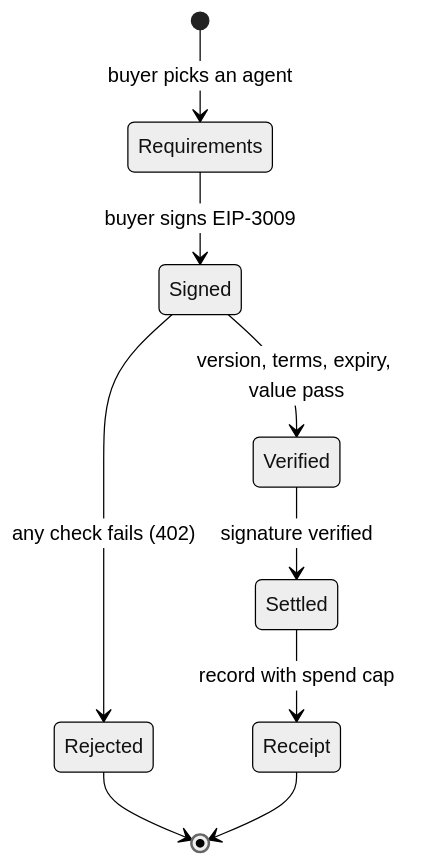
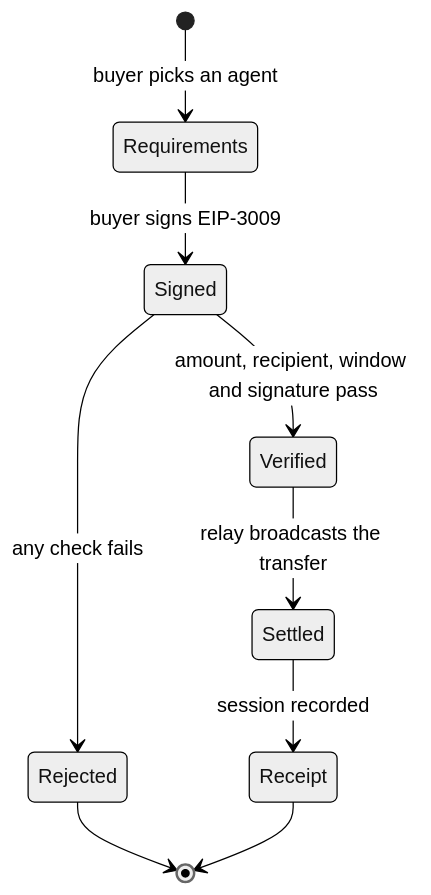
One commit to blockballr/agentsouk changed the second of 2 diagrams in docs/architecture.md. Above: the diagram before and after it, drawn with Mermaid (neutral theme). The commit also changed other lines of this file and 1 other file, not shown here.

Commit message:
docs(architecture): rewritten against the current system

````diff
--- a/docs/architecture.md
+++ b/docs/architecture.md
@@ -314,11 +264,11 @@
 ```mermaid
 stateDiagram-v2
     [*] --> Requirements: buyer picks an agent
     Requirements --> Signed: buyer signs EIP-3009
-    Signed --> Verified: version, terms, expiry, value pass
-    Verified --> Settled: signature verified
-    Settled --> Receipt: record with spend cap
-    Signed --> Rejected: any check fails (402)
+    Signed --> Verified: amount, recipient, window and signature pass
+    Verified --> Settled: relay broadcasts the transfer
+    Settled --> Receipt: session recorded
+    Signed --> Rejected: any check fails
     Rejected --> [*]
     Receipt --> [*]
 ```
````
